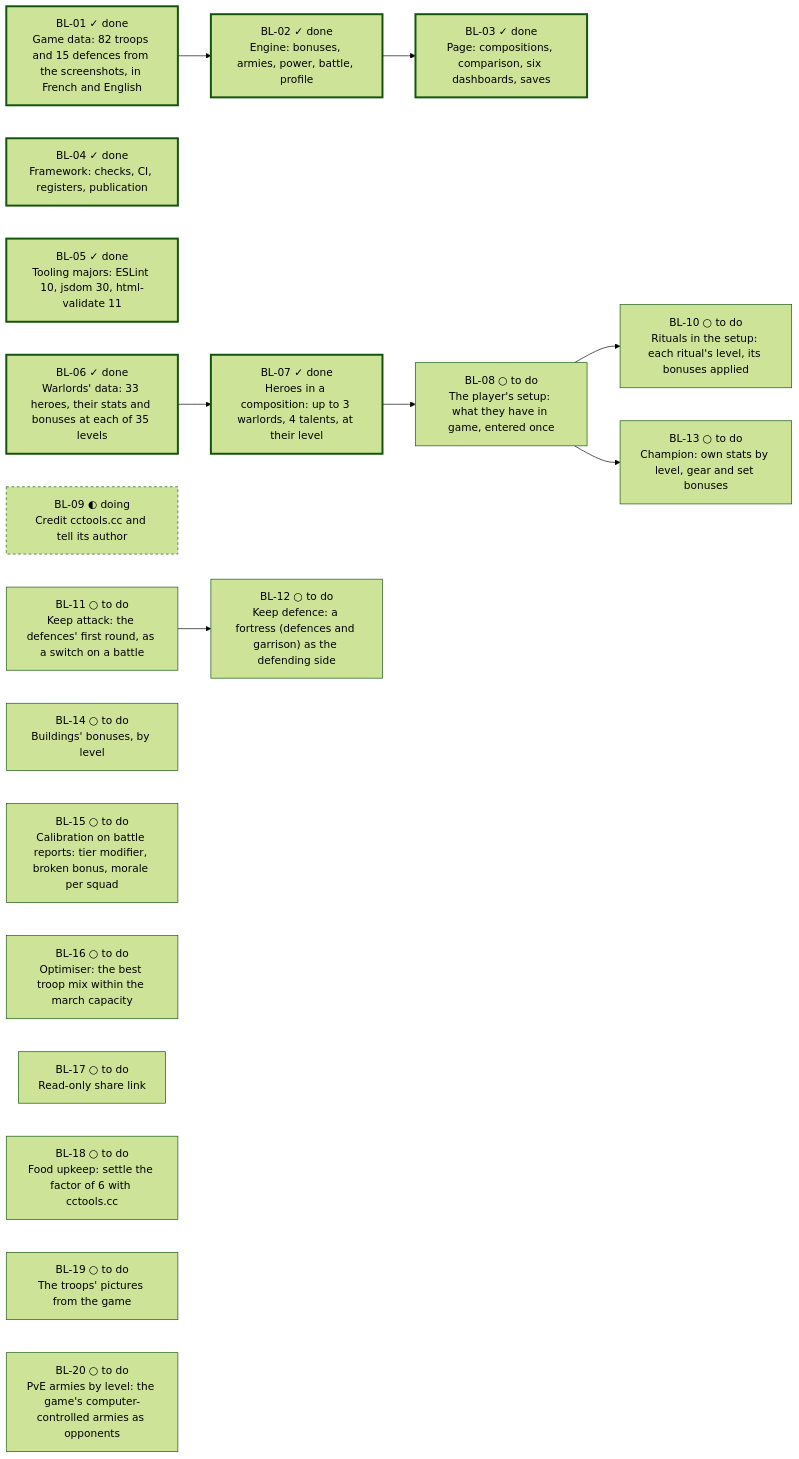
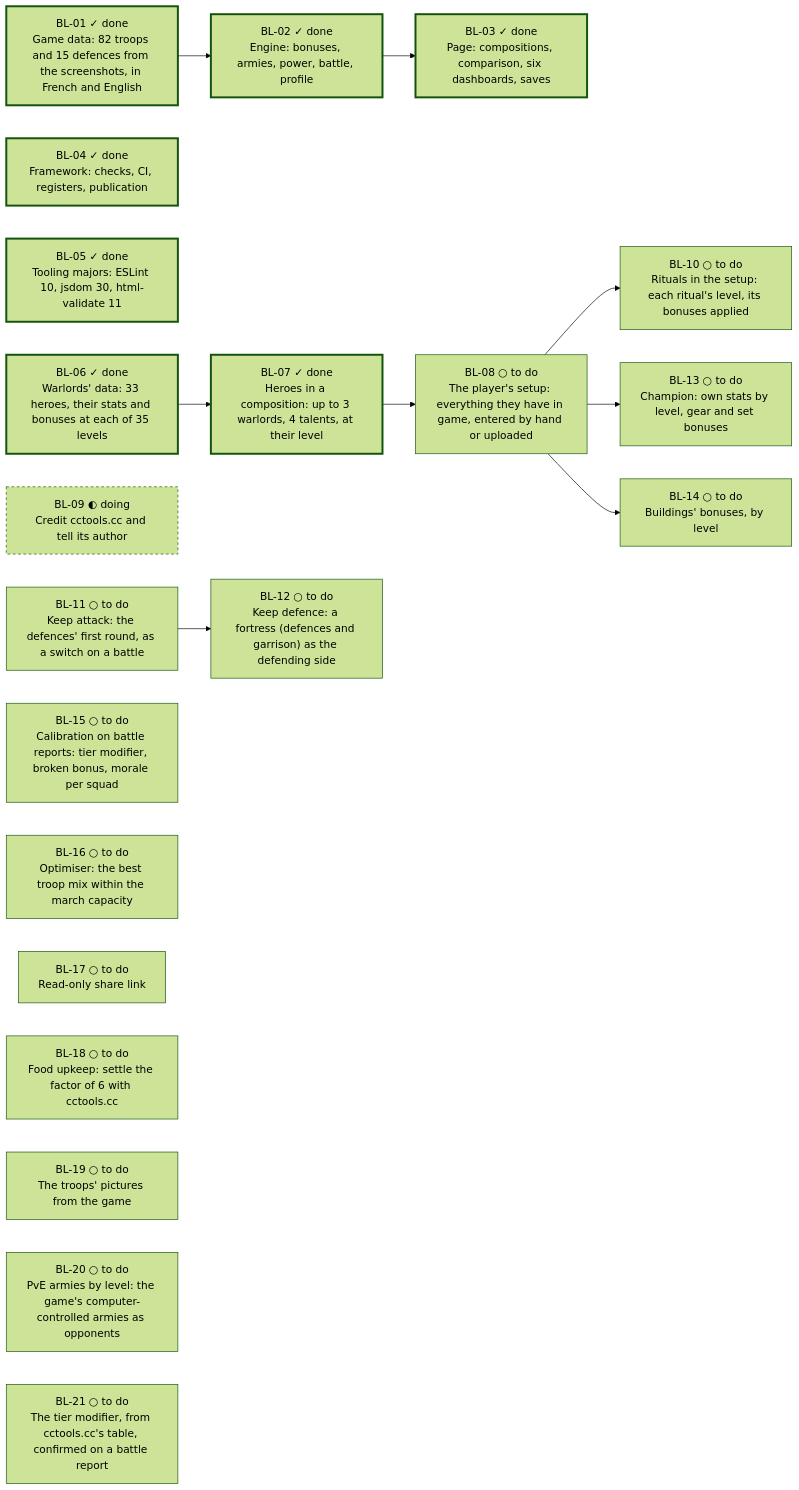
The diagram in docs/backlog.md (FrtZi/army-simulator), drawn with Mermaid (forest theme) before and after one commit. The commit also changed other lines of this file and 1 other file, not shown here.

Commit message:
The backlog in the order agreed after the cctools.cc scan: the setup holds everything (BL-08), the tier table (BL-21), PvE armies, rituals and buildings in 1.2, champion, gear and the keep in 1.3

````diff
--- a/docs/backlog.md
+++ b/docs/backlog.md
@@ -40,33 +41,35 @@
 ```mermaid
 flowchart LR
   BL01["BL-01 ✓ done<br/>Game data: 82 troops and 15 defences from the screenshots, in French and English"]:::done
   BL02["BL-02 ✓ done<br/>Engine: bonuses, armies, power, battle, profile"]:::done
   BL01 --> BL02
   BL03["BL-03 ✓ done<br/>Page: compositions, comparison, six dashboards, saves"]:::done
   BL02 --> BL03
   BL04["BL-04 ✓ done<br/>Framework: checks, CI, registers, publication"]:::done
   BL05["BL-05 ✓ done<br/>Tooling majors: ESLint 10, jsdom 30, html-validate 11"]:::done
   BL06["BL-06 ✓ done<br/>Warlords' data: 33 heroes, their stats and bonuses at each of 35 levels"]:::done
   BL07["BL-07 ✓ done<br/>Heroes in a composition: up to 3 warlords, 4 talents, at their level"]:::done
   BL06 --> BL07
-  BL08["BL-08 ○ to do<br/>The player's setup: what they have in game, entered once"]:::todo
+  BL08["BL-08 ○ to do<br/>The player's setup: everything they have in game, entered by hand or uploaded"]:::todo
   BL07 --> BL08
   BL09["BL-09 ◐ doing<br/>Credit cctools.cc and tell its author"]:::doing
   BL10["BL-10 ○ to do<br/>Rituals in the setup: each ritual's level, its bonuses applied"]:::todo
   BL08 --> BL10
   BL11["BL-11 ○ to do<br/>Keep attack: the defences' first round, as a switch on a battle"]:::todo
   BL12["BL-12 ○ to do<br/>Keep defence: a fortress (defences and garrison) as the defending side"]:::todo
   BL11 --> BL12
   BL13["BL-13 ○ to do<br/>Champion: own stats by level, gear and set bonuses"]:::todo
   BL08 --> BL13
   BL14["BL-14 ○ to do<br/>Buildings' bonuses, by level"]:::todo
+  BL08 --> BL14
   BL15["BL-15 ○ to do<br/>Calibration on battle reports: tier modifier, broken bonus, morale per squad"]:::todo
   BL16["BL-16 ○ to do<br/>Optimiser: the best troop mix within the march capacity"]:::todo
   BL17["BL-17 ○ to do<br/>Read-only share link"]:::todo
   BL18["BL-18 ○ to do<br/>Food upkeep: settle the factor of 6 with cctools.cc"]:::todo
   BL19["BL-19 ○ to do<br/>The troops' pictures from the game"]:::todo
   BL20["BL-20 ○ to do<br/>PvE armies by level: the game's computer-controlled armies as opponents"]:::todo
+  BL21["BL-21 ○ to do<br/>The tier modifier, from cctools.cc's table, confirmed on a battle report"]:::todo
   classDef done stroke-width:3px
   classDef doing stroke-dasharray:4
   classDef todo stroke-width:1px
 ```
````
